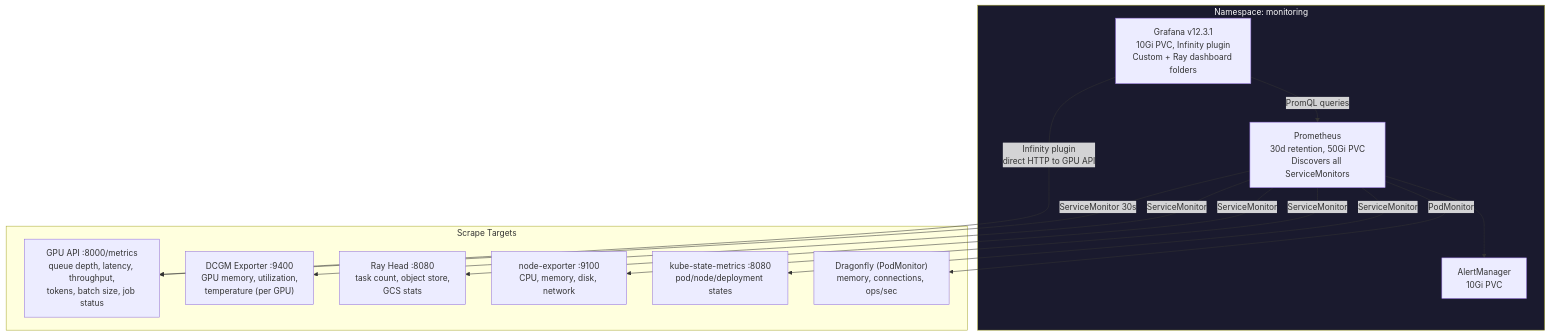
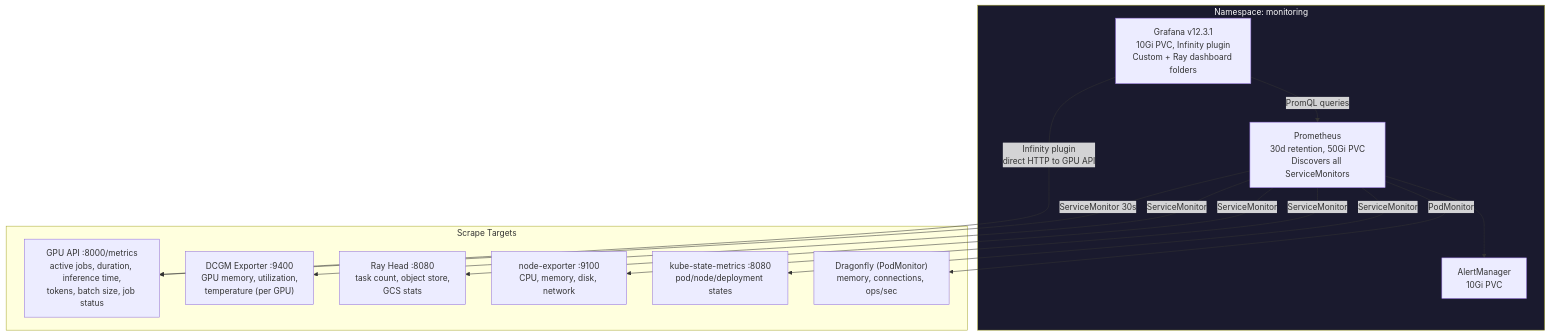
The fifth of 7 diagrams in ARCHITECTURE.md (munhq/kubernetes_gpu), drawn with Mermaid before and after one commit. The commit also changed other lines of this file and 3 other files, not shown here.

````diff
--- a/ARCHITECTURE.md
+++ b/ARCHITECTURE.md
@@ -142,29 +136,29 @@
 ```mermaid
 graph TD
     subgraph monitoring["Namespace: monitoring"]
         PROM["Prometheus<br/>30d retention, 50Gi PVC<br/>Discovers all ServiceMonitors"]
         GRAFANA["Grafana v12.3.1<br/>10Gi PVC, Infinity plugin<br/>Custom + Ray dashboard folders"]
         ALERT["AlertManager<br/>10Gi PVC"]
     end
 
     subgraph scrape_targets["Scrape Targets"]
-        T1["GPU API :8000/metrics<br/>queue depth, latency, throughput,<br/>tokens, batch size, job status"]
+        T1["GPU API :8000/metrics<br/>active jobs, duration, inference time,<br/>tokens, batch size, job status"]
         T2["DCGM Exporter :9400<br/>GPU memory, utilization,<br/>temperature (per GPU)"]
         T3["Ray Head :8080<br/>task count, object store,<br/>GCS stats"]
         T4["node-exporter :9100<br/>CPU, memory, disk, network"]
         T5["kube-state-metrics :8080<br/>pod/node/deployment states"]
         T6["Dragonfly (PodMonitor)<br/>memory, connections, ops/sec"]
     end
 
     PROM -->|"ServiceMonitor 30s"| T1
     PROM -->|"ServiceMonitor"| T2
     PROM -->|"ServiceMonitor"| T3
     PROM -->|"ServiceMonitor"| T4
     PROM -->|"ServiceMonitor"| T5
     PROM -->|"PodMonitor"| T6
     GRAFANA -->|"PromQL queries"| PROM
     GRAFANA -->|"Infinity plugin<br/>direct HTTP to GPU API"| T1
     PROM --> ALERT
 
     style monitoring fill:#1a1a2e,color:#fff
 ```
````
